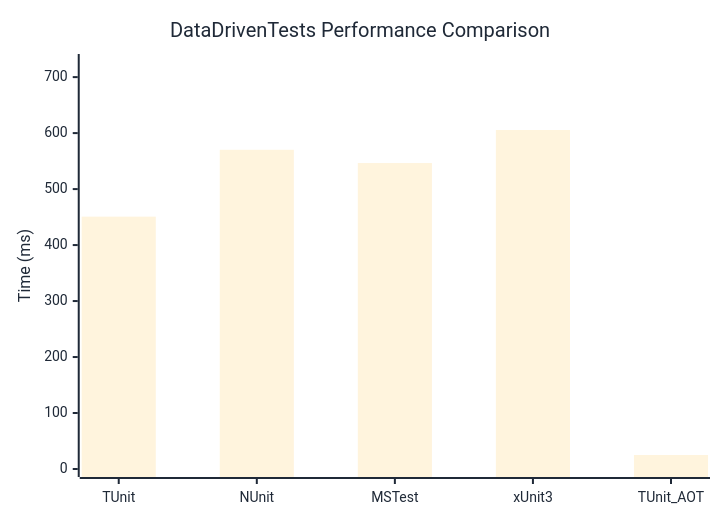
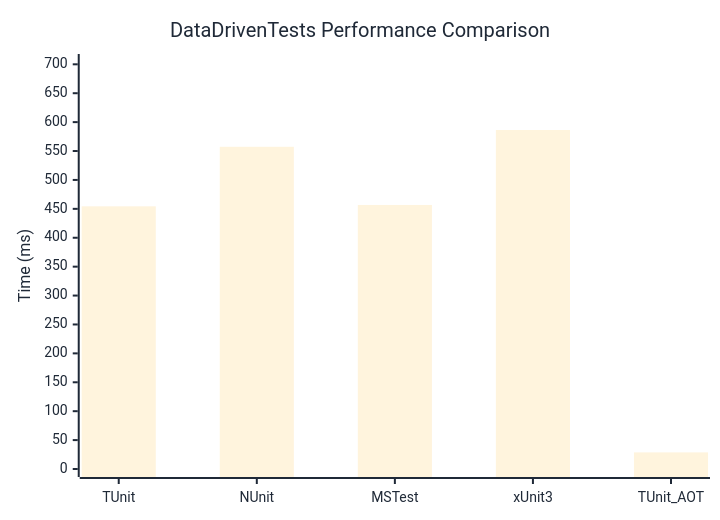
One commit to thomhurst/TUnit changed the diagram in docs/docs/benchmarks/DataDrivenTests.md. Above: the diagram before and after it, drawn with Mermaid. The commit also changed other lines of this file and 17 other files, not shown here.

````diff
--- a/docs/docs/benchmarks/DataDrivenTests.md
+++ b/docs/docs/benchmarks/DataDrivenTests.md
@@ -27,37 +27,37 @@
 ```mermaid
 %%{init: {
   'theme':'base',
   'themeVariables': {
     'primaryColor': '#2563eb',
     'primaryTextColor': '#1f2937',
     'primaryBorderColor': '#1e40af',
     'lineColor': '#6b7280',
     'secondaryColor': '#7c3aed',
     'tertiaryColor': '#dc2626',
     'background': '#ffffff',
     'mainBkg': '#2563eb',
     'secondBkg': '#7c3aed',
     'tertiaryBkg': '#dc2626',
     'clusterBkg': '#f3f4f6',
     'edgeLabelBackground': '#ffffff',
     'tertiaryTextColor': '#1f2937',
     'pie1': '#2563eb',
     'pie2': '#7c3aed',
     'pie3': '#dc2626',
     'pie4': '#f59e0b',
     'pie5': '#10b981',
     'pie6': '#06b6d4',
     'pie7': '#ec4899',
     'pie8': '#6366f1',
     'pie9': '#84cc16',
     'pie10': '#f97316',
     'pie11': '#14b8a6',
     'pie12': '#a855f7'
   }
 }}%%
 xychart-beta
   title "DataDrivenTests Performance Comparison"
   x-axis ["TUnit", "NUnit", "MSTest", "xUnit3", "TUnit_AOT"]
-  y-axis "Time (ms)" 0 --> 727
-  bar [450.75, 570.18, 546.53, 605.54, 25.05]
+  y-axis "Time (ms)" 0 --> 704
+  bar [454.35, 557.32, 456.73, 586.41, 28.72]
 ```
````
